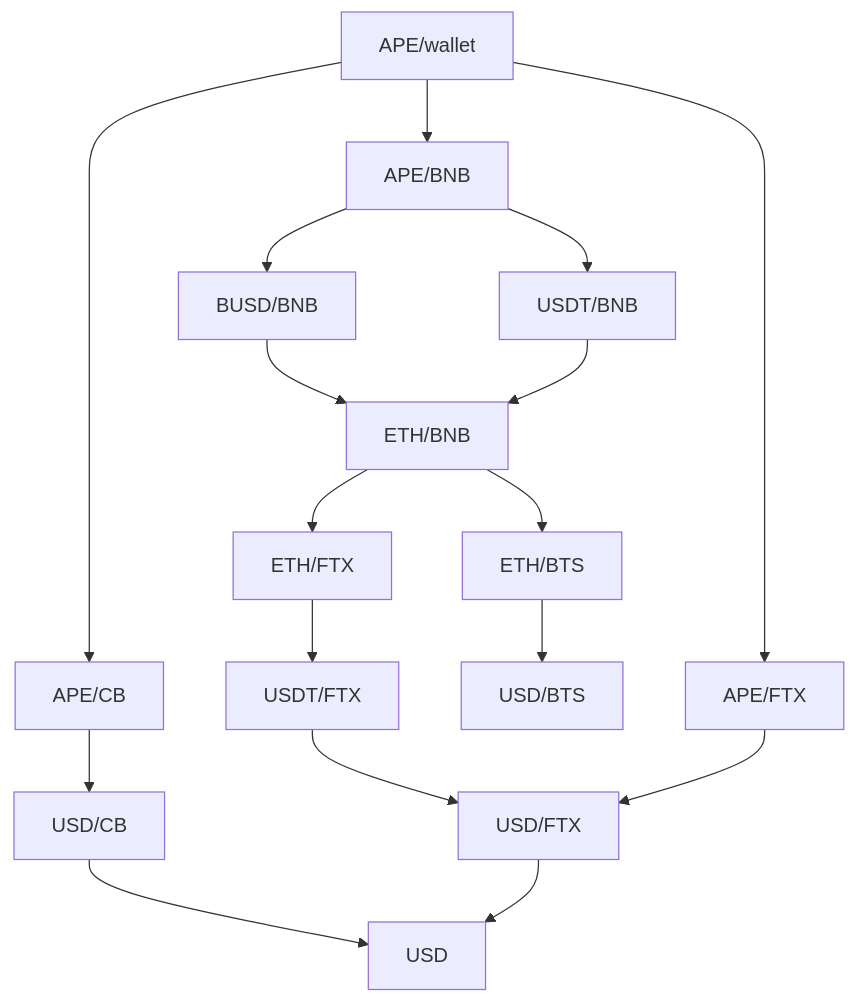
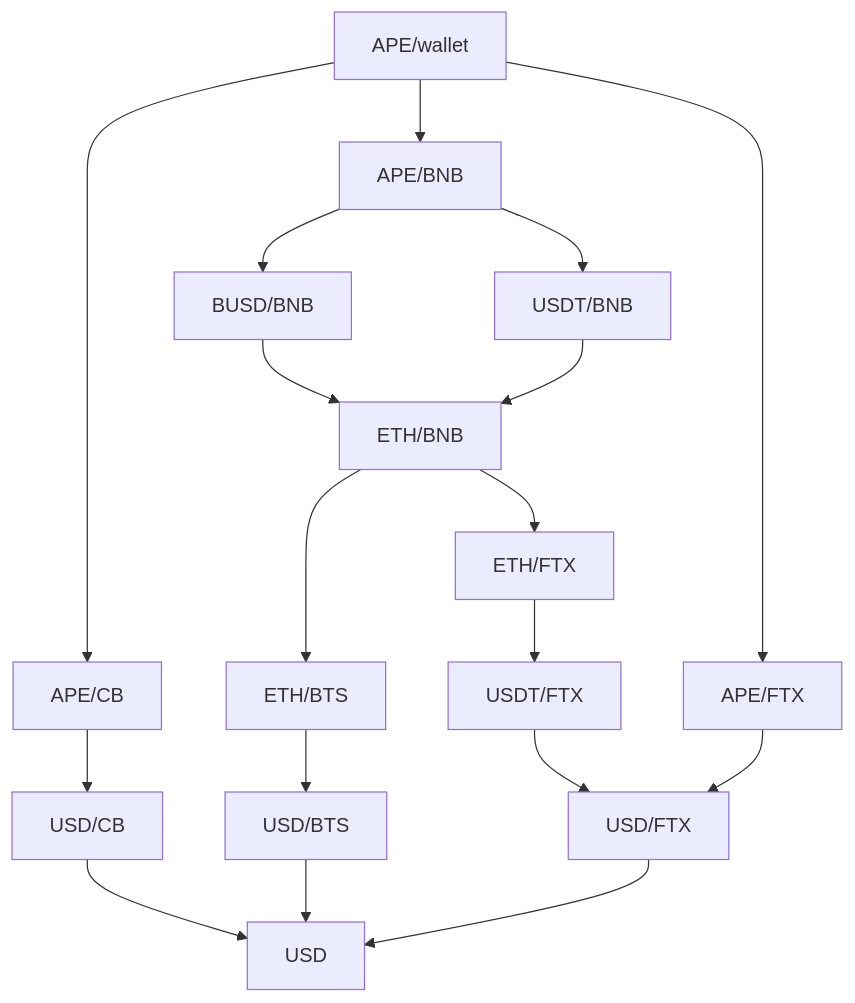
The second of 2 diagrams in README.md (Ramzgate/sense), drawn with Mermaid before and after one commit.

````diff
--- a/README.md
+++ b/README.md
@@ -28,19 +28,20 @@
 ```mermaid
 graph TD
   G["APE/wallet"] --> H["APE/FTX"]
   G --> E["APE/BNB"]
   G --> K["APE/CB"]
   E --> F["BUSD/BNB"]
   E --> J["USDT/BNB"]
   F --> A["ETH/BNB"]
   J --> A
   A --> B["ETH/BTS"]
   A --> L["ETH/FTX"]
   B --> C["USD/BTS"]
   L --> M["USDT/FTX"] 
   M --> I["USD/FTX"]
   H --> I
   K --> N["USD/CB"]
   N --> D["USD"]
+  C --> D
   I --> D
 ```
````
